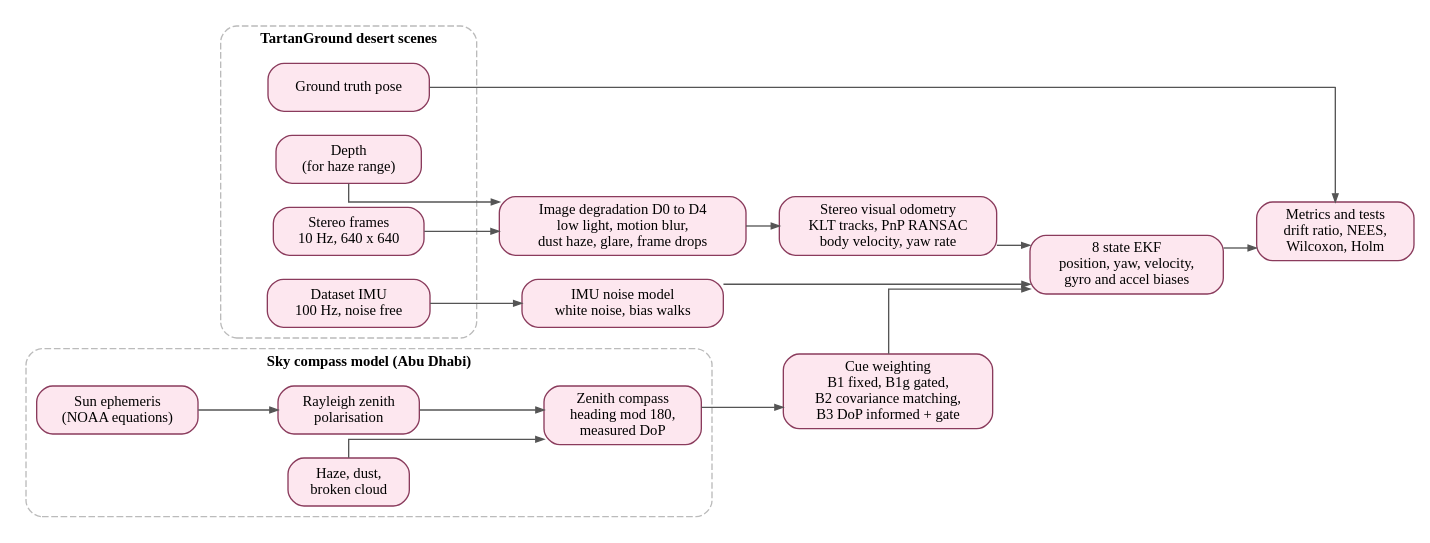
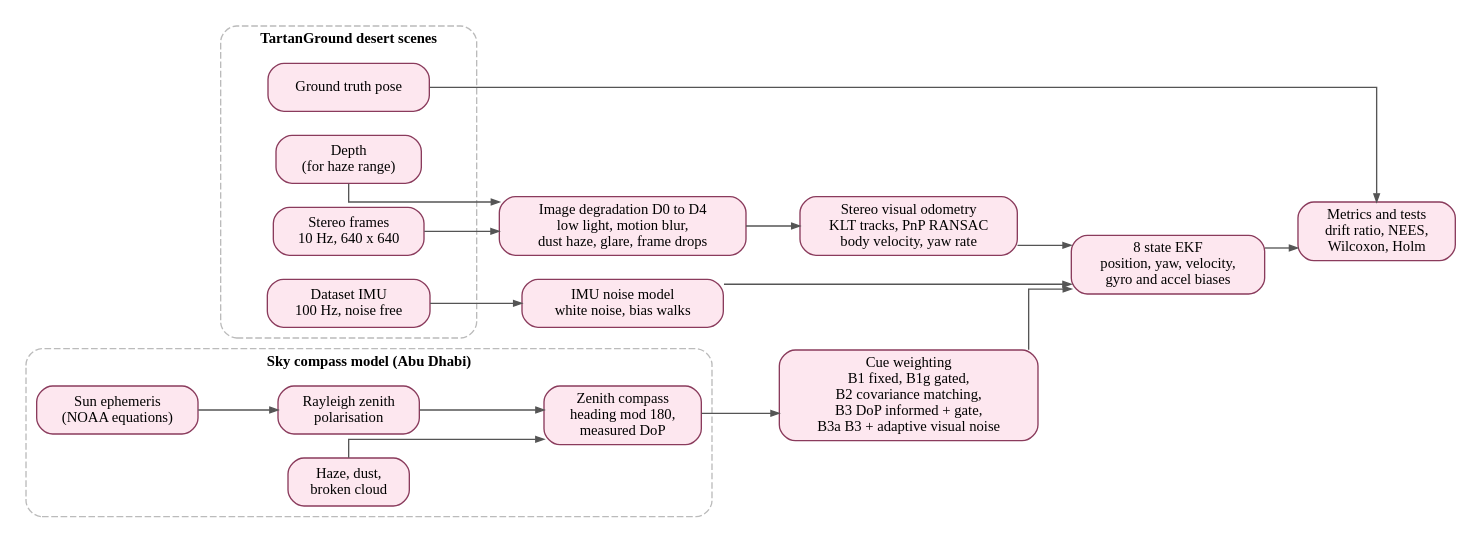
Before and after one commit to hudasol/VECTRA: the diagram in paper/diagrams/architecture.dot, drawn with Graphviz. The commit also changed 2 other files, not shown here.

```diff
--- a/paper/diagrams/architecture.dot
+++ b/paper/diagrams/architecture.dot
@@ -1,16 +1,16 @@
 digraph G {
   rankdir=LR; splines=ortho; nodesep=0.25; ranksep=0.35;
   node [shape=box, style="rounded,filled", fillcolor="#fde7ef", color="#8a3b5c", fontname="Times-Roman", fontsize=11, margin="0.12,0.06"];
   edge [color="#555555", arrowsize=0.6, fontname="Times-Roman", fontsize=9];
   subgraph cluster_data { label="TartanGround desert scenes"; fontname="Times-Bold"; fontsize=11; color="#bbbbbb"; style="rounded,dashed";
     stereo [label="Stereo frames\n10 Hz, 640 x 640"]; depth [label="Depth\n(for haze range)"]; imu [label="Dataset IMU\n100 Hz, noise free"]; gt [label="Ground truth pose"]; }
   degr [label="Image degradation D0 to D4\nlow light, motion blur,\ndust haze, glare, frame drops"];
   vo [label="Stereo visual odometry\nKLT tracks, PnP RANSAC\nbody velocity, yaw rate"];
   imun [label="IMU noise model\nwhite noise, bias walks"];
   subgraph cluster_sky { label="Sky compass model (Abu Dhabi)"; fontname="Times-Bold"; fontsize=11; color="#bbbbbb"; style="rounded,dashed";
     sun [label="Sun ephemeris\n(NOAA equations)"]; ray [label="Rayleigh zenith\npolarisation"]; atm [label="Haze, dust,\nbroken cloud"]; comp [label="Zenith compass\nheading mod 180,\nmeasured DoP"]; sun -> ray -> comp; atm -> comp; }
-  w [label="Cue weighting\nB1 fixed, B1g gated,\nB2 covariance matching,\nB3 DoP informed + gate"];
+  w [label="Cue weighting\nB1 fixed, B1g gated,\nB2 covariance matching,\nB3 DoP informed + gate,\nB3a B3 + adaptive visual noise"];
   ekf [label="8 state EKF\nposition, yaw, velocity,\ngyro and accel biases"];
   met [label="Metrics and tests\ndrift ratio, NEES,\nWilcoxon, Holm"];
   stereo -> degr; depth -> degr; degr -> vo -> ekf; imu -> imun -> ekf; comp -> w -> ekf; ekf -> met; gt -> met;
 }
```
